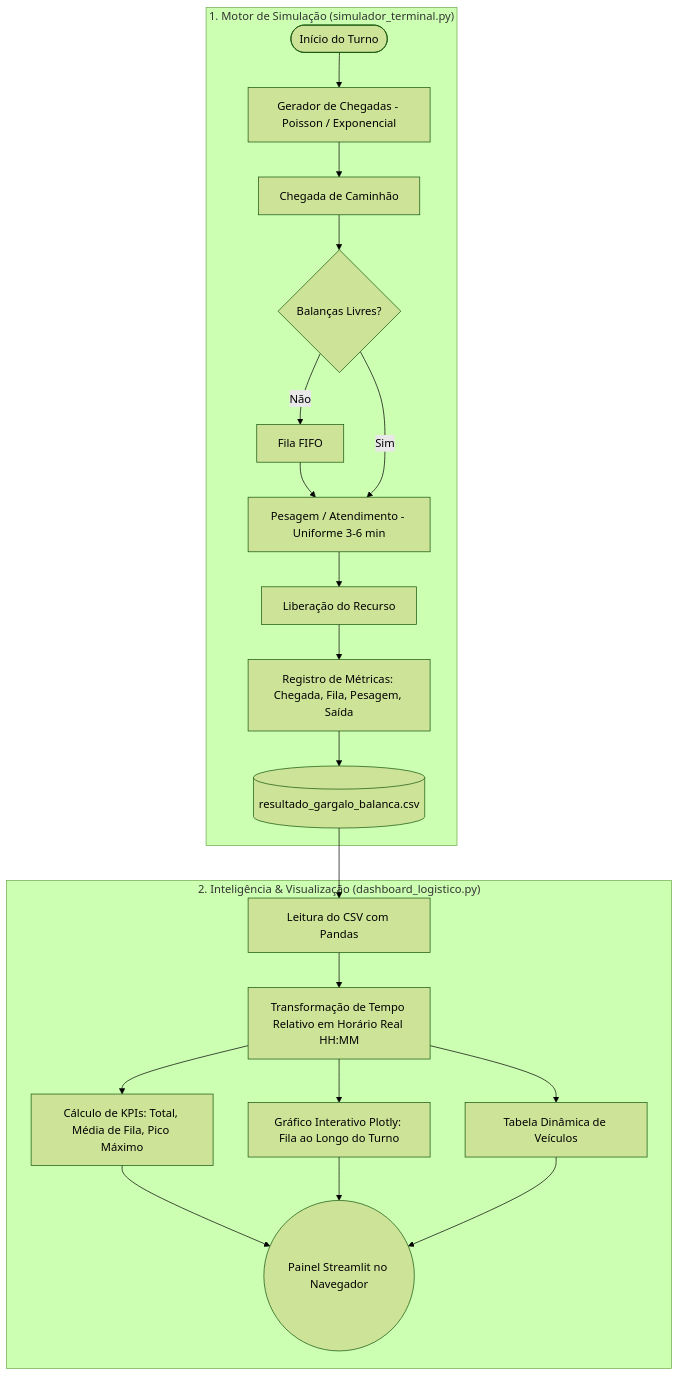
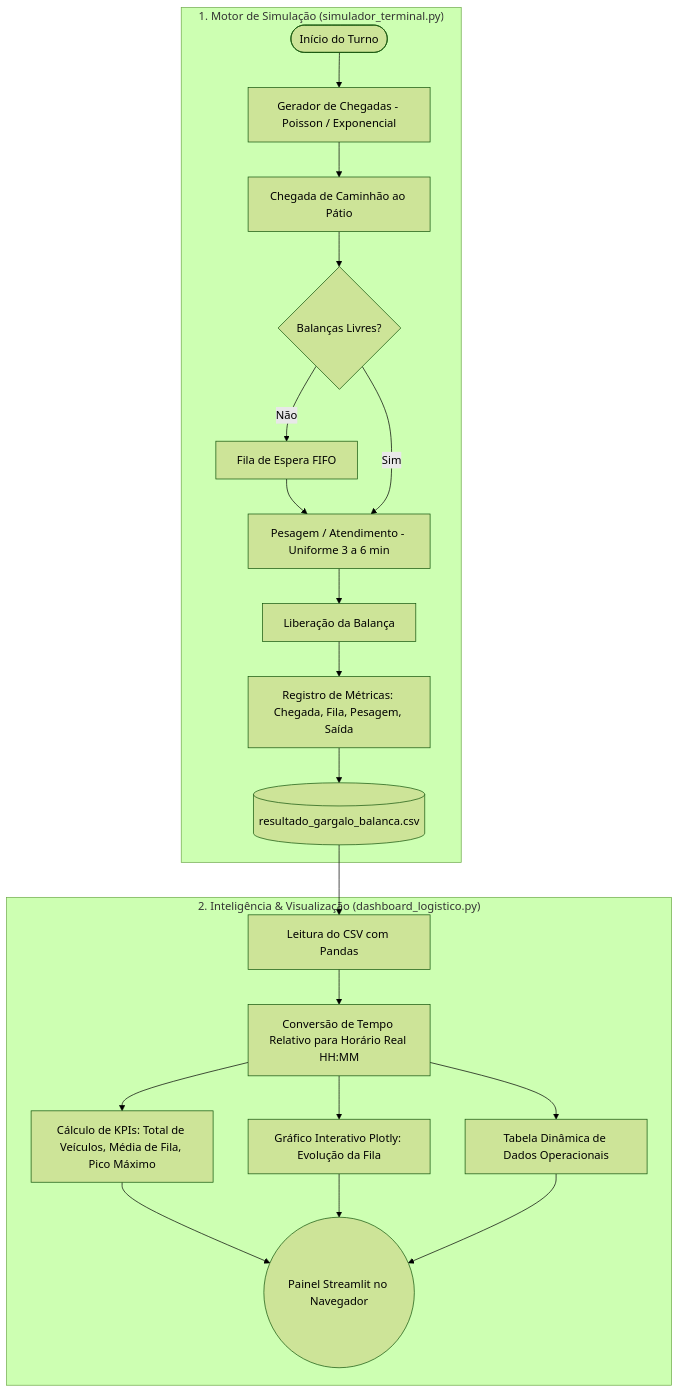
One commit to luanazevedo7/TerminalFlow_Simulador_Logistica changed the diagram in README.md. Above: the diagram before and after it, drawn with Mermaid (forest theme). The commit also changed other lines of this file, not shown here.

````diff
--- a/README.md
+++ b/README.md
@@ -31,25 +29,25 @@
 ```mermaid
 flowchart TD
     subgraph Simulação ["1. Motor de Simulação (simulador_terminal.py)"]
         A([Início do Turno]) --> B[Gerador de Chegadas - Poisson / Exponencial]
-        B --> C[Chegada de Caminhão]
+        B --> C[Chegada de Caminhão ao Pátio]
         C --> D{Balanças Livres?}
-        D -- Não --> E[Fila FIFO]
-        E --> F[Pesagem / Atendimento - Uniforme 3-6 min]
+        D -- Não --> E[Fila de Espera FIFO]
+        E --> F[Pesagem / Atendimento - Uniforme 3 a 6 min]
         D -- Sim --> F
-        F --> G[Liberação do Recurso]
+        F --> G[Liberação da Balança]
         G --> H[Registro de Métricas: Chegada, Fila, Pesagem, Saída]
         H --> I[(resultado_gargalo_balanca.csv)]
     end
 
     subgraph Dashboard ["2. Inteligência & Visualização (dashboard_logistico.py)"]
         I --> J[Leitura do CSV com Pandas]
-        J --> K[Transformação de Tempo Relativo em Horário Real HH:MM]
-        K --> L[Cálculo de KPIs: Total, Média de Fila, Pico Máximo]
-        K --> M[Gráfico Interativo Plotly: Fila ao Longo do Turno]
-        K --> N[Tabela Dinâmica de Veículos]
+        J --> K[Conversão de Tempo Relativo para Horário Real HH:MM]
+        K --> L[Cálculo de KPIs: Total de Veículos, Média de Fila, Pico Máximo]
+        K --> M[Gráfico Interativo Plotly: Evolução da Fila]
+        K --> N[Tabela Dinâmica de Dados Operacionais]
         L --> O((Painel Streamlit no Navegador))
         M --> O
         N --> O
     end
 ```
````
